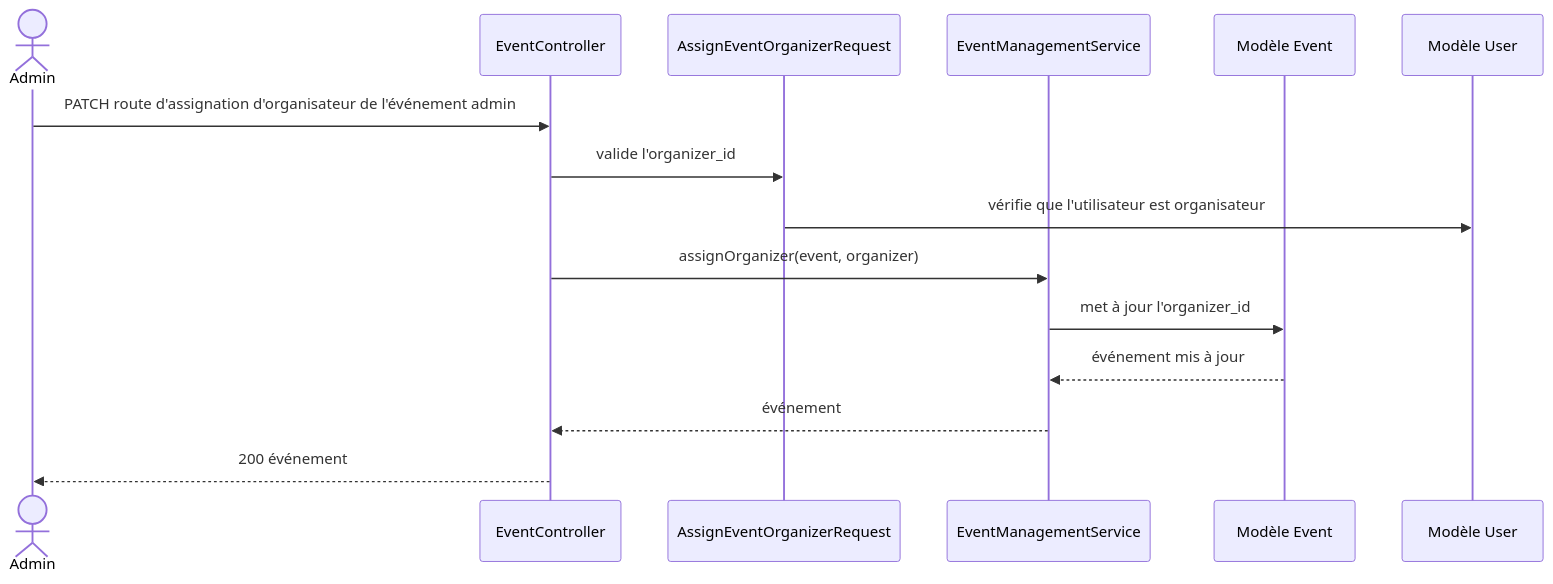
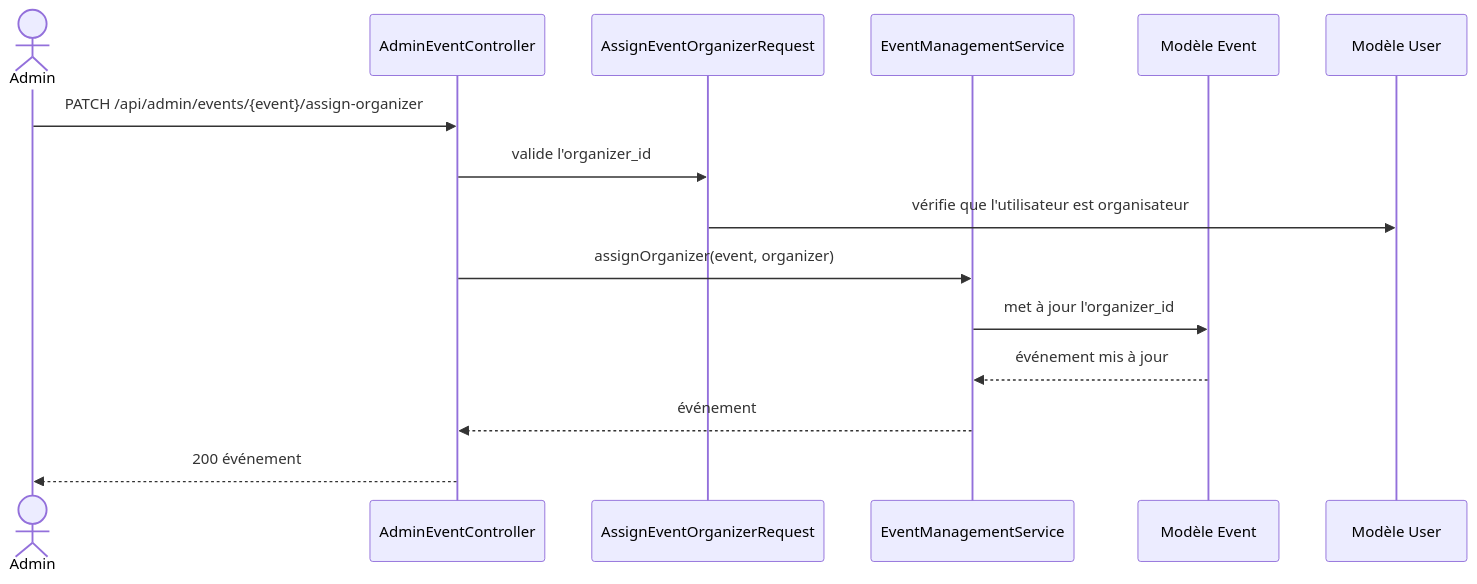
One commit to HOUDAZ011100100/SecRet-cms changed diagram 14 of 34 in backend/docs/uml/workflows.md. Above: the diagram before and after it, drawn with Mermaid. The commit also changed other lines of this file and 27 other files, not shown here.

````diff
--- a/backend/docs/uml/workflows.md
+++ b/backend/docs/uml/workflows.md
@@ -326,18 +333,18 @@
 ```mermaid
 sequenceDiagram
     actor Admin
-    participant API as EventController
+    participant API as AdminEventController
     participant Request as AssignEventOrganizerRequest
     participant Service as EventManagementService
     participant Event as Modèle Event
     participant User as Modèle User
 
-    Admin->>API: PATCH route d'assignation d'organisateur de l'événement admin
+    Admin->>API: PATCH /api/admin/events/{event}/assign-organizer
     API->>Request: valide l'organizer_id
     Request->>User: vérifie que l'utilisateur est organisateur
     API->>Service: assignOrganizer(event, organizer)
     Service->>Event: met à jour l'organizer_id
     Event-->>Service: événement mis à jour
     Service-->>API: événement
     API-->>Admin: 200 événement
 ```
````
